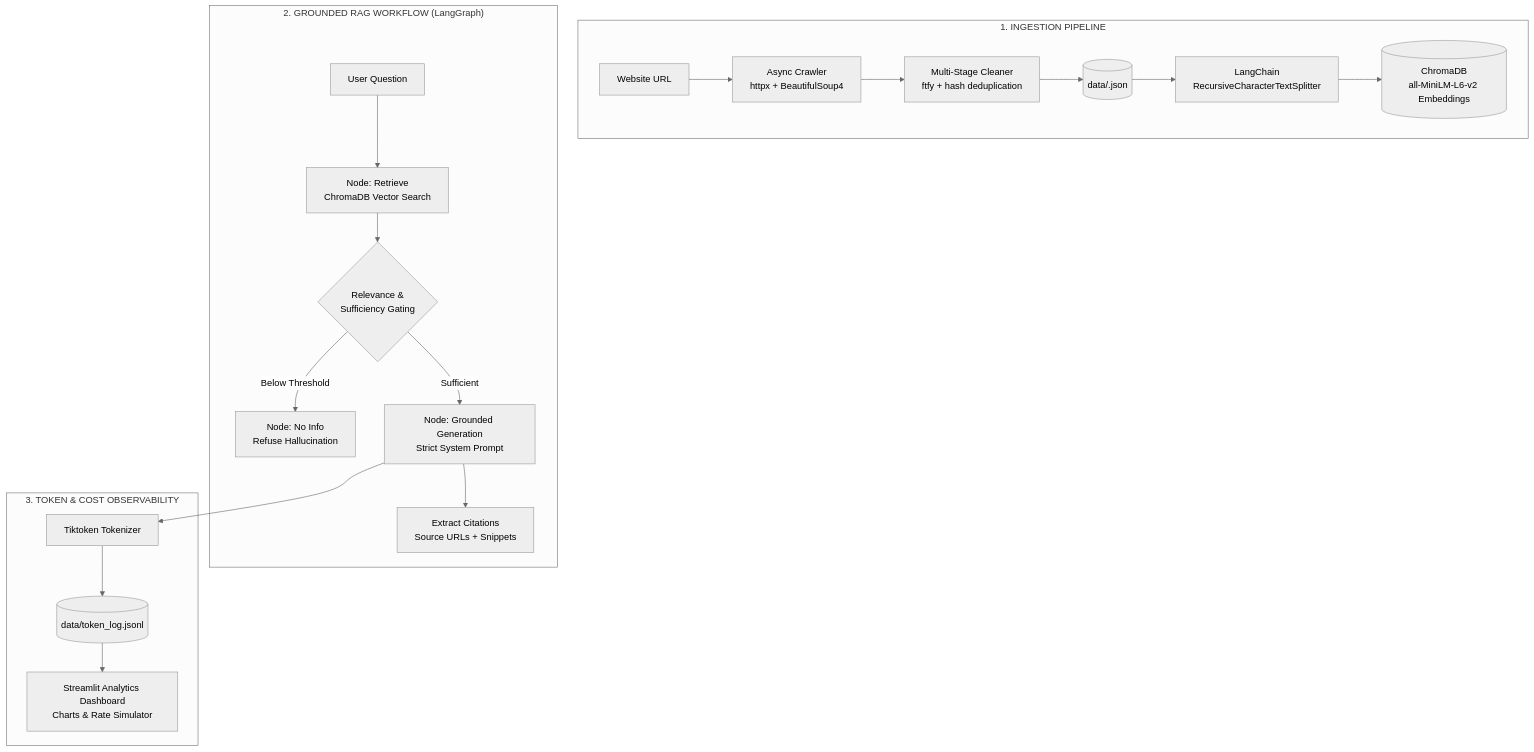
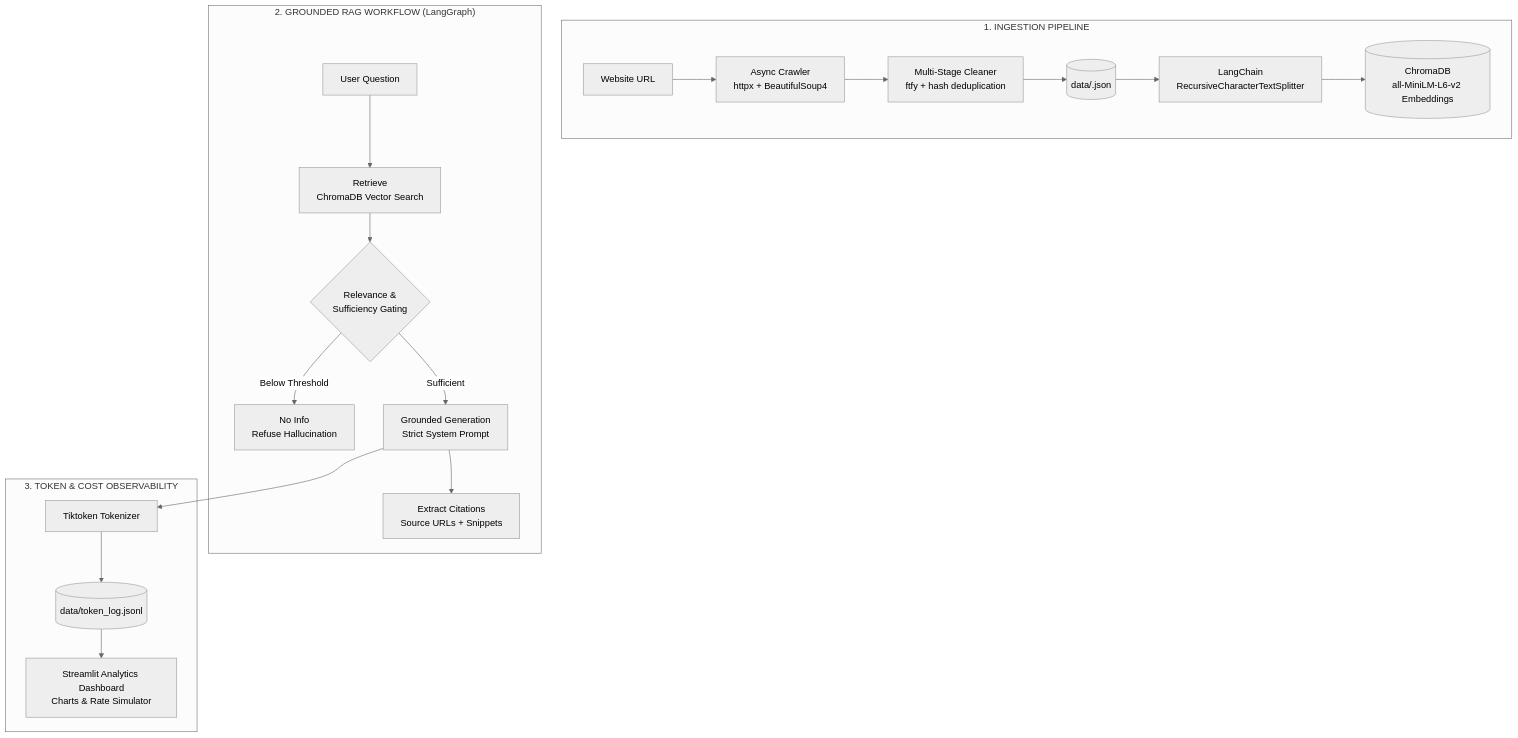
One commit to Sandeepgajula/Website-Grounded-RAG-Agent changed the diagram in README.md. Above: the diagram before and after it, drawn with Mermaid (neutral theme).

````diff
--- a/README.md
+++ b/README.md
@@ -44,24 +44,24 @@
 ```mermaid
 flowchart TB
     subgraph Ingestion ["1. INGESTION PIPELINE"]
         StartURL[Website URL] --> Crawler[Async Crawler<br/>httpx + BeautifulSoup4]
         Crawler --> Cleaner[Multi-Stage Cleaner<br/>ftfy + hash deduplication]
         Cleaner --> RawJSON[(data/<company>.json)]
         RawJSON --> Chunker[LangChain<br/>RecursiveCharacterTextSplitter]
         Chunker --> Chroma[(ChromaDB<br/>all-MiniLM-L6-v2 Embeddings)]
     end
 
     subgraph RAG ["2. GROUNDED RAG WORKFLOW (LangGraph)"]
-        UserQ[User Question] --> RetrieveNode[Node: Retrieve<br/>ChromaDB Vector Search]
+        UserQ[User Question] --> RetrieveNode[Retrieve<br/>ChromaDB Vector Search]
         RetrieveNode --> Gating{Relevance &<br/>Sufficiency Gating}
-        Gating -- Below Threshold --> FallbackNode[Node: No Info<br/>Refuse Hallucination]
-        Gating -- Sufficient --> GenNode[Node: Grounded Generation<br/>Strict System Prompt]
+        Gating -- Below Threshold --> FallbackNode[No Info<br/>Refuse Hallucination]
+        Gating -- Sufficient --> GenNode[Grounded Generation<br/>Strict System Prompt]
         GenNode --> Citations[Extract Citations<br/>Source URLs + Snippets]
     end
 
     subgraph Observability ["3. TOKEN & COST OBSERVABILITY"]
         GenNode --> Tiktoken[Tiktoken Tokenizer]
         Tiktoken --> TokenLog[(data/token_log.jsonl)]
         TokenLog --> Dashboard[Streamlit Analytics Dashboard<br/>Charts & Rate Simulator]
     end
 ```
````
